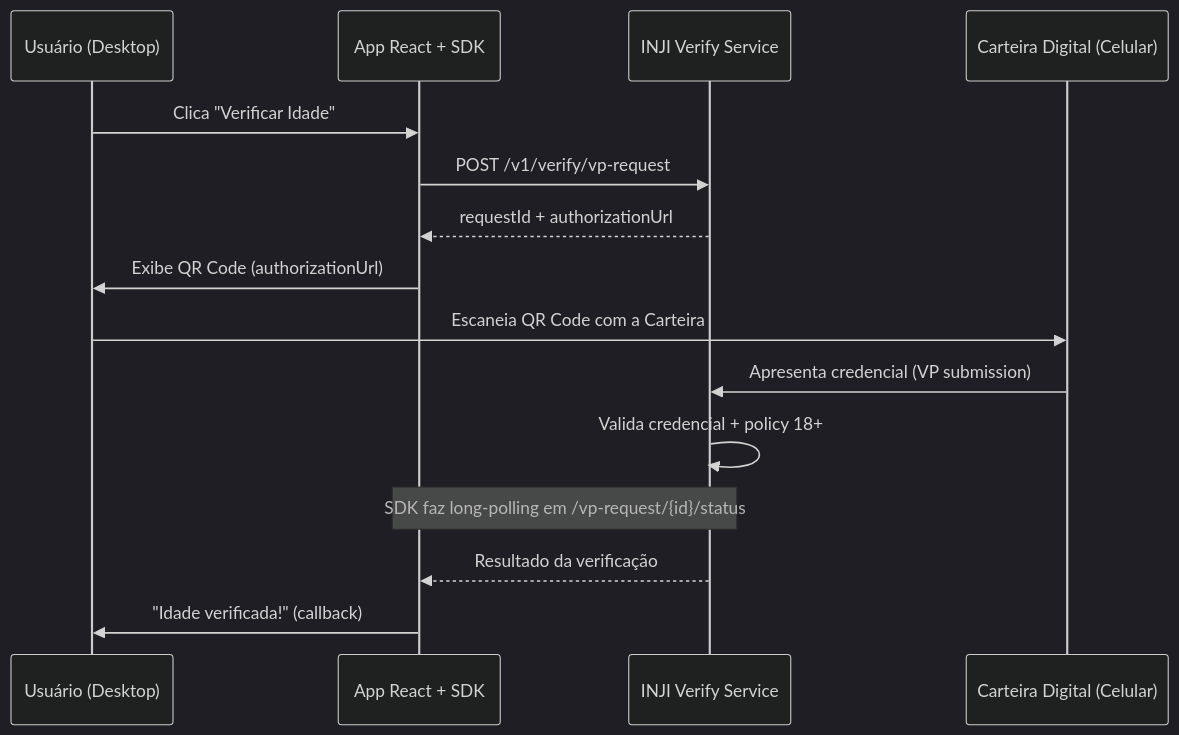
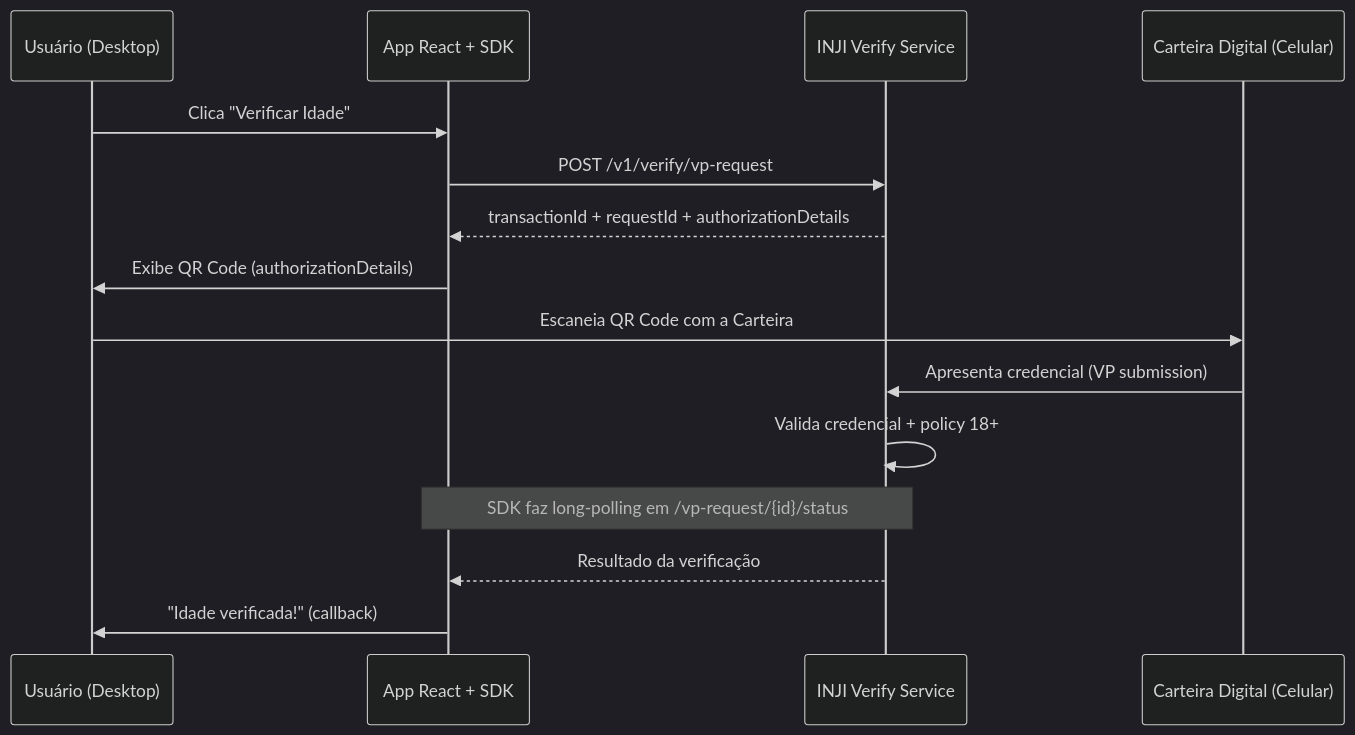
Before and after one commit to infraestrutura-digital/verificaidade_dev: the first of 2 diagrams in fluxo-verificacao.qmd, drawn with Mermaid (dark theme). The commit also changed other lines of this file and 39 other files, not shown here.

````diff
--- a/fluxo-verificacao.qmd
+++ b/fluxo-verificacao.qmd
@@ -11,18 +15,18 @@
 ```{mermaid}
 sequenceDiagram
     participant U as Usuário (Desktop)
     participant SDK as App React + SDK
     participant VS as INJI Verify Service
     participant W as Carteira Digital (Celular)
 
     U->>SDK: Clica "Verificar Idade"
     SDK->>VS: POST /v1/verify/vp-request
-    VS-->>SDK: requestId + authorizationUrl
-    SDK->>U: Exibe QR Code (authorizationUrl)
+    VS-->>SDK: transactionId + requestId + authorizationDetails
+    SDK->>U: Exibe QR Code (authorizationDetails)
     U->>W: Escaneia QR Code com a Carteira
     W->>VS: Apresenta credencial (VP submission)
     VS->>VS: Valida credencial + policy 18+
     Note over SDK,VS: SDK faz long-polling em /vp-request/{id}/status
     VS-->>SDK: Resultado da verificação
     SDK->>U: "Idade verificada!" (callback)
 ```
````
